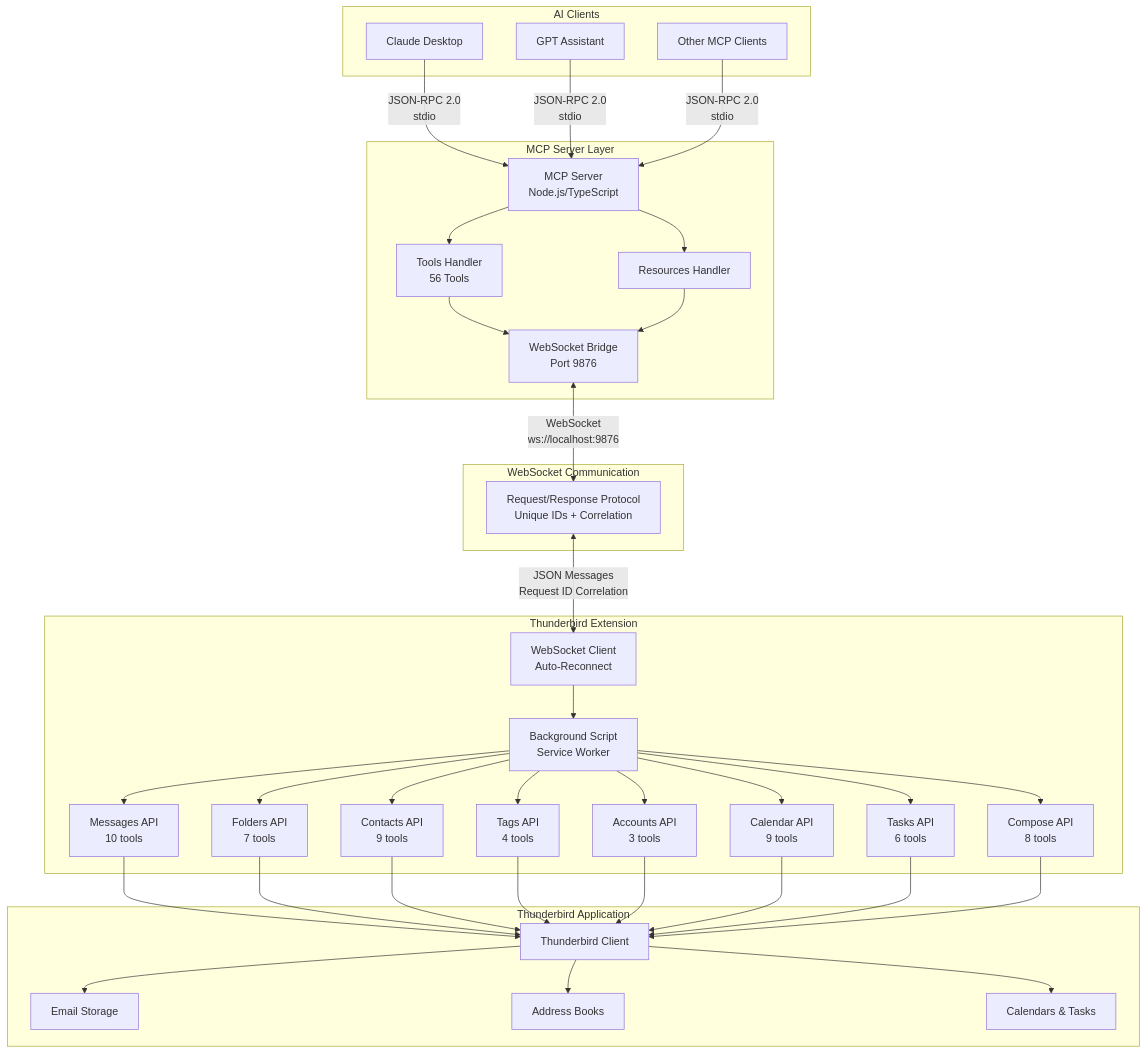
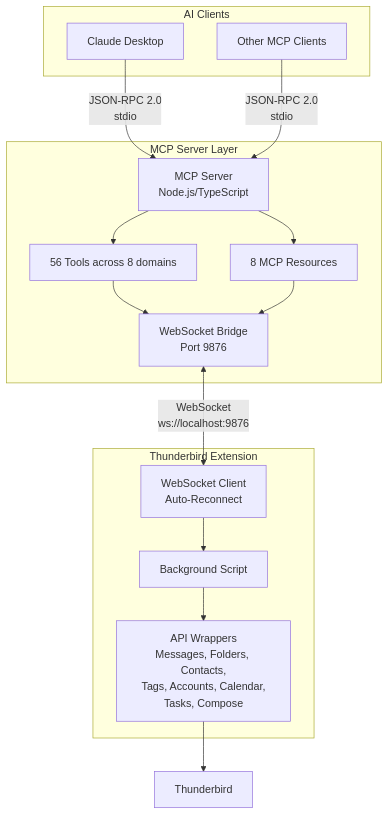
The first of 3 diagrams in docs/architecture/overview.md (assistance-micro-design/zileo-mcp-thunderbird), drawn with Mermaid before and after one commit. The commit also changed other lines of this file and 28 other files, not shown here.

````diff
--- a/docs/architecture/overview.md
+++ b/docs/architecture/overview.md
@@ -9,74 +9,25 @@
 ```mermaid
 graph TB
     subgraph "AI Clients"
         Claude[Claude Desktop]
-        GPT[GPT Assistant]
         Other[Other MCP Clients]
     end
 
     subgraph "MCP Server Layer"
         MCP[MCP Server<br/>Node.js/TypeScript]
-        Tools[Tools Handler<br/>56 Tools]
-        Resources[Resources Handler]
+        Tools[56 Tools across 8 domains]
+        Resources[8 MCP Resources]
         WSBridge[WebSocket Bridge<br/>Port 9876]
     end
 
-    subgraph "WebSocket Communication"
-        Protocol[Request/Response Protocol<br/>Unique IDs + Correlation]
+    subgraph "Thunderbird Extension"
+        Background[Background Script]
+        WSClient[WebSocket Client<br/>Auto-Reconnect]
+        APIs[API Wrappers<br/>Messages, Folders, Contacts,<br/>Tags, Accounts, Calendar,<br/>Tasks, Compose]
     end
 
-    subgraph "Thunderbird Extension"
-        Background[Background Script<br/>Service Worker]
-        WSClient[WebSocket Client<br/>Auto-Reconnect]
-        MessagesAPI[Messages API<br/>10 tools]
-        FoldersAPI[Folders API<br/>7 tools]
-        ContactsAPI[Contacts API<br/>9 tools]
-        TagsAPI[Tags API<br/>4 tools]
-        AccountsAPI[Accounts API<br/>3 tools]
-        CalendarAPI[Calendar API<br/>9 tools]
-        TasksAPI[Tasks API<br/>6 tools]
-        ComposeAPI[Compose API<br/>8 tools]
-    end
-
-    subgraph "Thunderbird Application"
-        TB[Thunderbird Client]
-        Mail[Email Storage]
-        Contacts[Address Books]
-        Calendar[Calendars & Tasks]
-    end
-
-    Claude -->|JSON-RPC 2.0<br/>stdio| MCP
-    GPT -->|JSON-RPC 2.0<br/>stdio| MCP
-    Other -->|JSON-RPC 2.0<br/>stdio| MCP
-
-    MCP --> Tools
-    MCP --> Resources
-    Tools --> WSBridge
-    Resources --> WSBridge
-
-    WSBridge <-->|WebSocket<br/>ws://localhost:9876| Protocol
-    Protocol <-->|JSON Messages<br/>Request ID Correlation| WSClient
-
-    WSClient --> Background
-    Background --> MessagesAPI
-    Background --> FoldersAPI
-    Background --> ContactsAPI
-    Background --> TagsAPI
-    Background --> AccountsAPI
-    Background --> CalendarAPI
-    Background --> TasksAPI
-    Background --> ComposeAPI
-
-    MessagesAPI --> TB
-    FoldersAPI --> TB
-    ContactsAPI --> TB
-    TagsAPI --> TB
-    AccountsAPI --> TB
-    CalendarAPI --> TB
-    TasksAPI --> TB
-    ComposeAPI --> TB
-
-    TB --> Mail
-    TB --> Contacts
-    TB --> Calendar
+    Claude & Other -->|JSON-RPC 2.0<br/>stdio| MCP
+    MCP --> Tools & Resources --> WSBridge
+    WSBridge <-->|WebSocket<br/>ws://localhost:9876| WSClient
+    WSClient --> Background --> APIs --> TB[Thunderbird]
 ```
````
